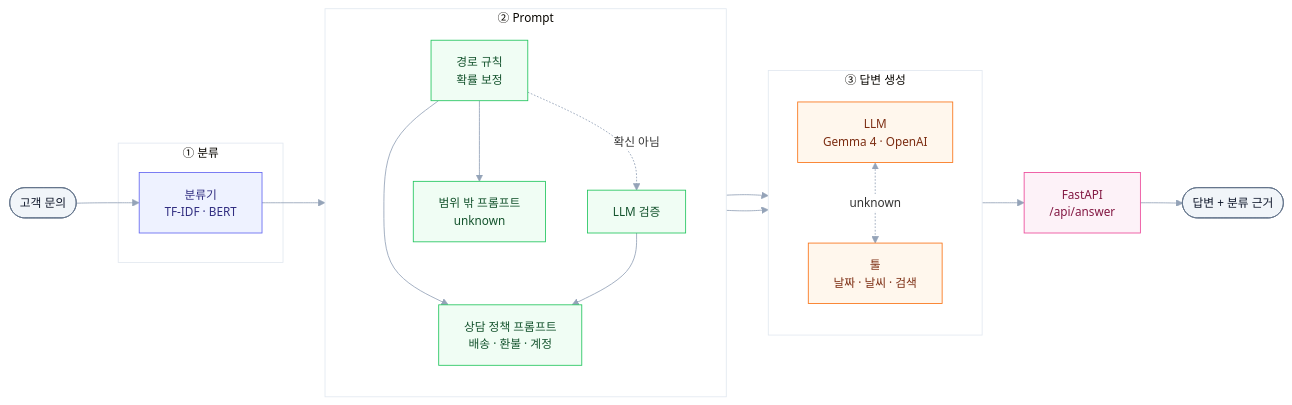
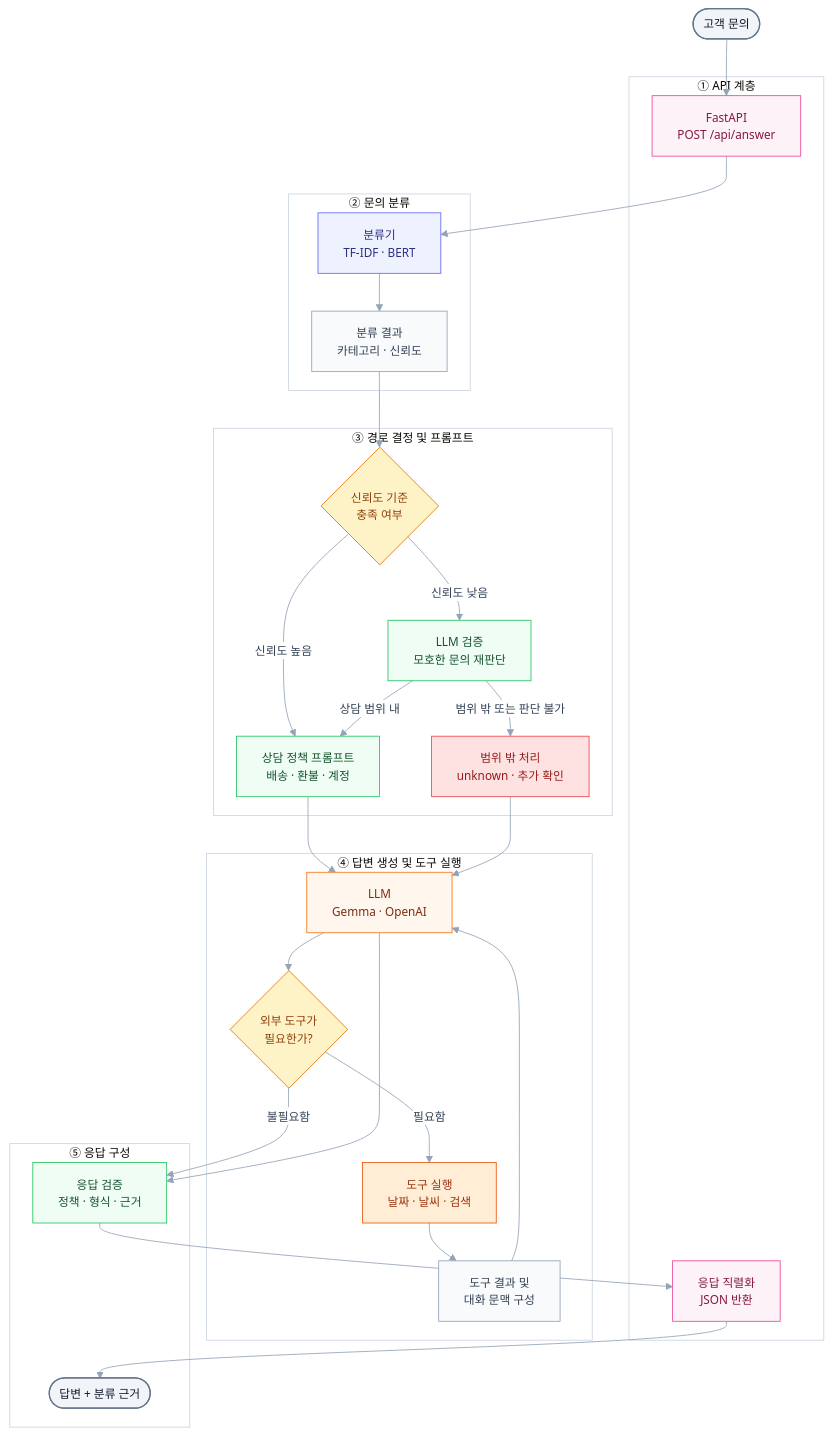
One commit to theSealLLM/Seal_LLM changed the diagram in README.md. Above: the diagram before and after it, drawn with Mermaid.

Commit message:
docs: README 전체 흐름을 5단계 mermaid 그림으로 교체
API 계층 → 문의 분류 → 경로 결정 및 프롬프트 → 답변 생성 및 도구 실행 → 응답 구성 (세로, 단계별 색 · 판단 노드)

````diff
--- a/README.md
+++ b/README.md
@@ -9,40 +9,68 @@
 ```mermaid
-%%{init: {"theme": "base", "themeVariables": {"fontSize": "14px", "lineColor": "#94A3B8", "clusterBkg": "#FFFFFF", "clusterBorder": "#E2E8F0", "edgeLabelBackground": "#FFFFFF", "textColor": "#334155"}}}%%
-flowchart LR
-    Q(["고객 문의"]):::io --> CLS
+%%{init: {"theme": "base", "flowchart": {"htmlLabels": true, "curve": "basis", "nodeSpacing": 35, "rankSpacing": 45}, "themeVariables": {"fontSize": "14px", "lineColor": "#94A3B8", "clusterBkg": "#FFFFFF", "clusterBorder": "#CBD5E1", "edgeLabelBackground": "#FFFFFF", "primaryTextColor": "#334155"}}}%%
 
-    subgraph S1["① 분류"]
-        CLS["분류기<br/>TF-IDF · BERT"]:::cls
+flowchart TD
+    IN(["고객 문의"]):::io
+
+    subgraph API_LAYER["① API 계층"]
+        API_IN["FastAPI<br/>POST /api/answer"]:::api
+        API_OUT["응답 직렬화<br/>JSON 반환"]:::api
     end
 
-    subgraph S2["② Prompt"]
-        direction TB
-        RT["경로 규칙<br/>확률 보정"]:::prm
-        VF["LLM 검증"]:::prm
-        PS["상담 정책 프롬프트<br/>배송 · 환불 · 계정"]:::prm
-        PU["범위 밖 프롬프트<br/>unknown"]:::prm
-        RT -. 확신 아님 .-> VF
-        RT --> PS
-        VF --> PS
-        RT --> PU
+    subgraph CLASSIFY["② 문의 분류"]
+        CLS["분류기<br/>TF-IDF · BERT"]:::cls
+        RESULT["분류 결과<br/>카테고리 · 신뢰도"]:::data
     end
 
-    subgraph S3["③ 답변 생성"]
-        direction TB
-        LLM["LLM<br/>Gemma 4 · OpenAI"]:::ans
-        TOOL["툴<br/>날짜 · 날씨 · 검색"]:::ans
-        LLM <-. unknown .-> TOOL
+    subgraph ROUTING["③ 경로 결정 및 프롬프트"]
+        ROUTER{"신뢰도 기준<br/>충족 여부"}:::decision
+        VERIFY["LLM 검증<br/>모호한 문의 재판단"]:::prm
+        POLICY["상담 정책 프롬프트<br/>배송 · 환불 · 계정"]:::prm
+        UNKNOWN["범위 밖 처리<br/>unknown · 추가 확인"]:::unknown
     end
 
-    CLS --> RT
-    PS --> LLM
-    PU --> LLM
-    LLM --> API["FastAPI<br/>/api/answer"]:::api
-    API --> OUT(["답변 + 분류 근거"]):::io
+    subgraph GENERATION["④ 답변 생성 및 도구 실행"]
+        LLM["LLM<br/>Gemma · OpenAI"]:::ans
+        TOOL{"외부 도구가<br/>필요한가?"}:::decision
+        EXEC["도구 실행<br/>날짜 · 날씨 · 검색"]:::tool
+        CONTEXT["도구 결과 및<br/>대화 문맥 구성"]:::data
+    end
 
-    classDef io  fill:#F1F5F9,stroke:#64748B,color:#0F172A
+    subgraph RESPONSE["⑤ 응답 구성"]
+        CHECK["응답 검증<br/>정책 · 형식 · 근거"]:::prm
+        OUT(["답변 + 분류 근거"]):::io
+    end
+
+    IN --> API_IN
+    API_IN --> CLS
+    CLS --> RESULT
+    RESULT --> ROUTER
+
+    ROUTER -->|신뢰도 높음| POLICY
+    ROUTER -->|신뢰도 낮음| VERIFY
+    VERIFY -->|상담 범위 내| POLICY
+    VERIFY -->|범위 밖 또는 판단 불가| UNKNOWN
+
+    POLICY --> LLM
+    UNKNOWN --> LLM
+
+    LLM --> TOOL
+    TOOL -->|필요함| EXEC
+    EXEC --> CONTEXT
+    CONTEXT --> LLM
+    TOOL -->|불필요함| CHECK
+
+    LLM --> CHECK
+    CHECK --> API_OUT
+    API_OUT --> OUT
+
+    classDef io fill:#F1F5F9,stroke:#64748B,color:#0F172A,stroke-width:1.5px
+    classDef api fill:#FDF2F8,stroke:#EC4899,color:#831843
     classDef cls fill:#EEF2FF,stroke:#6366F1,color:#312E81
     classDef prm fill:#F0FDF4,stroke:#22C55E,color:#14532D
     classDef ans fill:#FFF7ED,stroke:#F97316,color:#7C2D12
-    classDef api fill:#FDF2F8,stroke:#EC4899,color:#831843
+    classDef tool fill:#FFEDD5,stroke:#EA580C,color:#9A3412
+    classDef data fill:#F8FAFC,stroke:#94A3B8,color:#334155
+    classDef decision fill:#FEF3C7,stroke:#D97706,color:#92400E
+    classDef unknown fill:#FEE2E2,stroke:#EF4444,color:#991B1B
 ```
````
